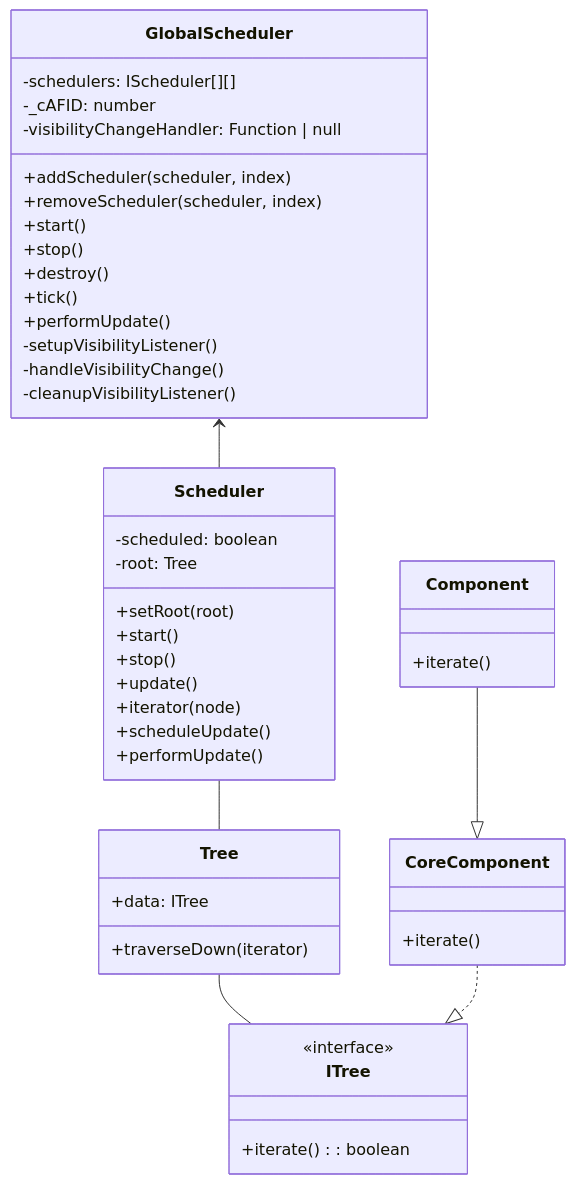
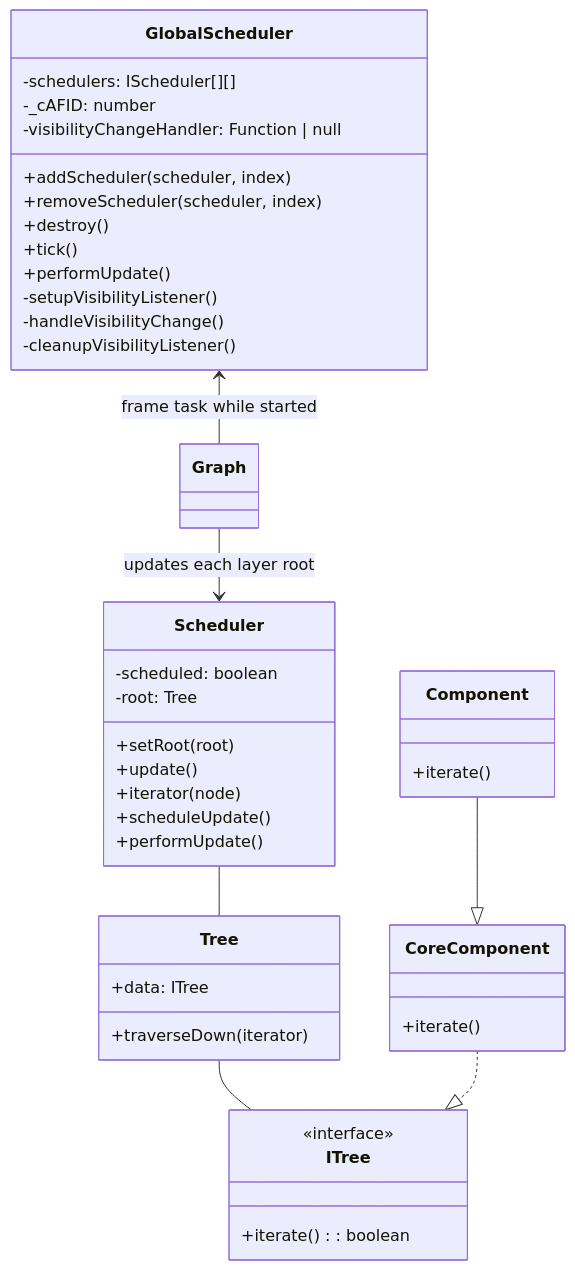
One commit to gravity-ui/graph changed the first of 7 diagrams in packages/graph/docs/system/scheduler-system.md. Above: the diagram before and after it, drawn with Mermaid. The commit also changed other lines of this file and 25 other files, not shown here.

First line of the commit message:
fix(graph)!: let the graph drive its layers and keep graphs collectable (#395)

````diff
--- a/packages/graph/docs/system/scheduler-system.md
+++ b/packages/graph/docs/system/scheduler-system.md
@@ -14,54 +17,51 @@
 ```mermaid
 classDiagram
-    GlobalScheduler <-- Scheduler
+    GlobalScheduler <-- Graph : frame task while started
+    Graph --> Scheduler : updates each layer root
     Scheduler -- Tree
     Tree -- ITree
     CoreComponent ..|> ITree
     Component --|> CoreComponent
     
     class GlobalScheduler {
         -schedulers: IScheduler[][]
         -_cAFID: number
         -visibilityChangeHandler: Function | null
         +addScheduler(scheduler, index)
         +removeScheduler(scheduler, index)
-        +start()
-        +stop()
         +destroy()
         +tick()
         +performUpdate()
         -setupVisibilityListener()
         -handleVisibilityChange()
         -cleanupVisibilityListener()
     }
     
     class Scheduler {
         -scheduled: boolean
         -root: Tree
         +setRoot(root)
-        +start()
-        +stop()
         +update()
         +iterator(node)
         +scheduleUpdate()
         +performUpdate()
     }
     
     class Tree {
         +data: ITree
         +traverseDown(iterator)
     }
     
     class ITree {
         <<interface>>
         +iterate(): boolean
     }
     
     class CoreComponent {
         +iterate()
     }
     
     class Component {
         +iterate()
     }
 ```
````
